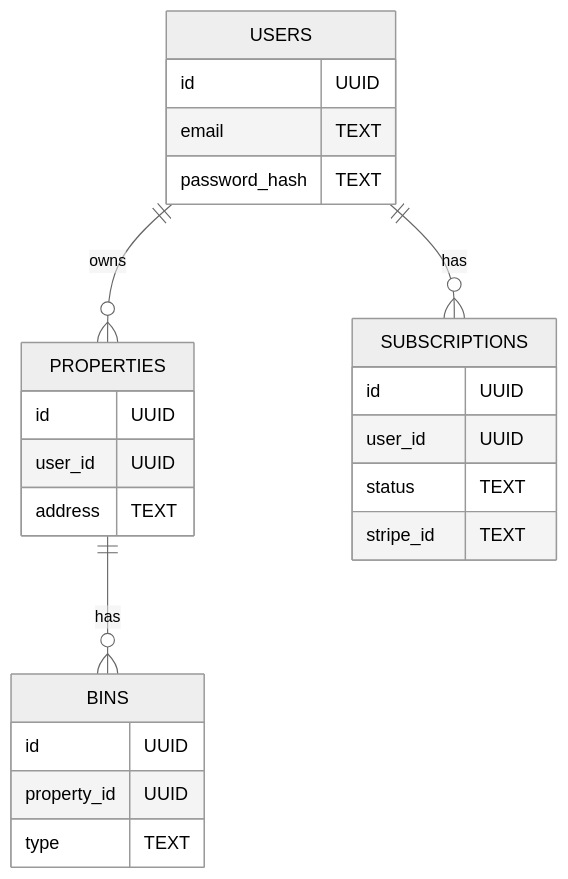
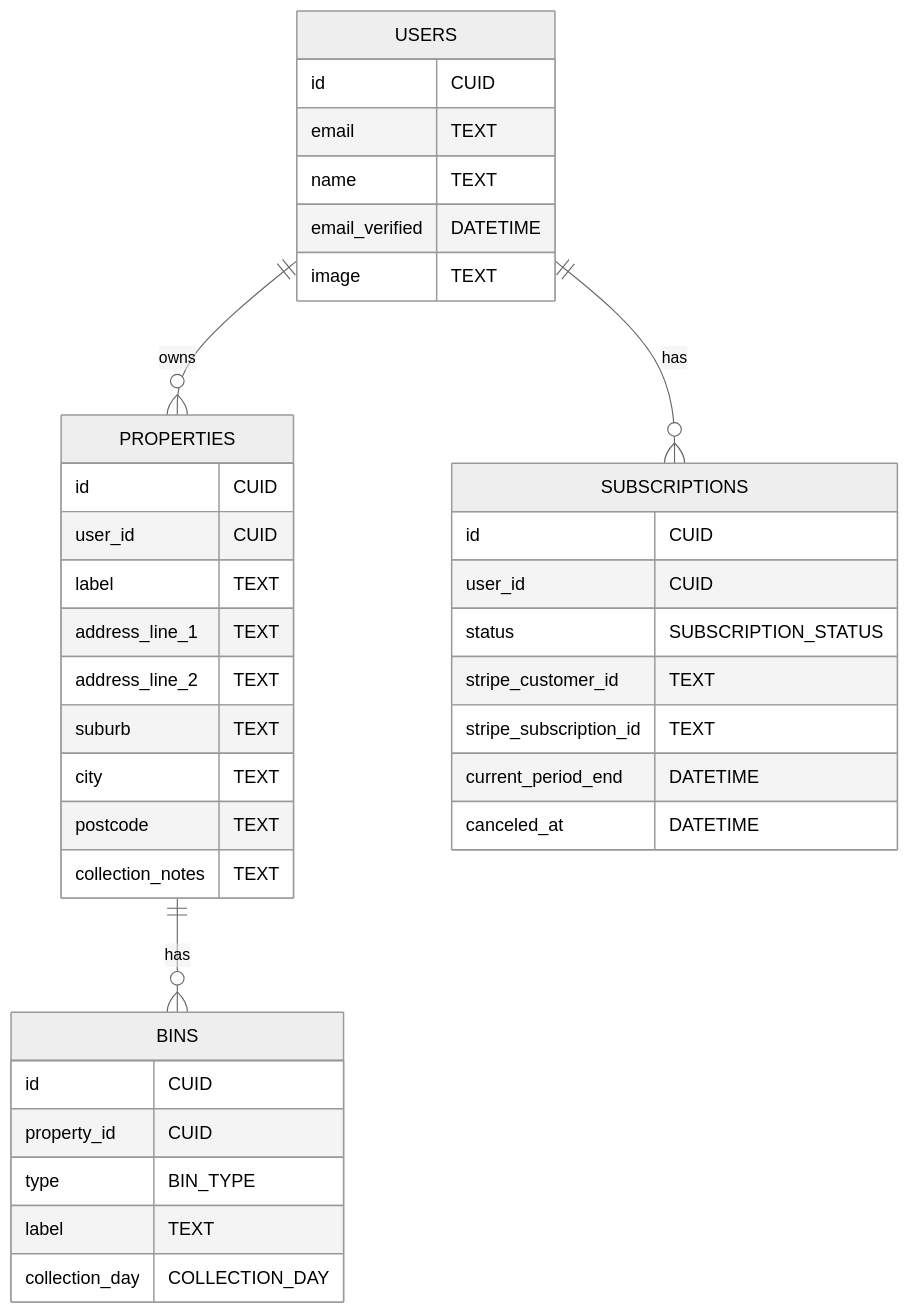
Before and after one commit to angelacollings/binrun: the diagram in docs/diagrams/data-model.md, drawn with Mermaid (neutral theme). The commit also changed 3 other files, not shown here.

Commit message:
update data model and schema to reflect app requirements for db

````diff
--- a/docs/diagrams/data-model.md
+++ b/docs/diagrams/data-model.md
@@ -3,31 +3,44 @@
 ```mermaid
 erDiagram
 USERS {
-id UUID
+id CUID
 email TEXT
-password_hash TEXT
+name TEXT
+email_verified DATETIME
+image TEXT
 }
 
     PROPERTIES {
-        id UUID
-        user_id UUID
-        address TEXT
+        id CUID
+        user_id CUID
+        label TEXT
+        address_line_1 TEXT
+        address_line_2 TEXT
+        suburb TEXT
+        city TEXT
+        postcode TEXT
+        collection_notes TEXT
     }
 
     BINS {
-        id UUID
-        property_id UUID
-        type TEXT
+        id CUID
+        property_id CUID
+        type BIN_TYPE
+        label TEXT
+        collection_day COLLECTION_DAY
     }
 
     SUBSCRIPTIONS {
-        id UUID
-        user_id UUID
-        status TEXT
-        stripe_id TEXT
+        id CUID
+        user_id CUID
+        status SUBSCRIPTION_STATUS
+        stripe_customer_id TEXT
+        stripe_subscription_id TEXT
+        current_period_end DATETIME
+        canceled_at DATETIME
     }
 
     USERS ||--o{ PROPERTIES : owns
     PROPERTIES ||--o{ BINS : has
     USERS ||--o{ SUBSCRIPTIONS : has
 ```
````
